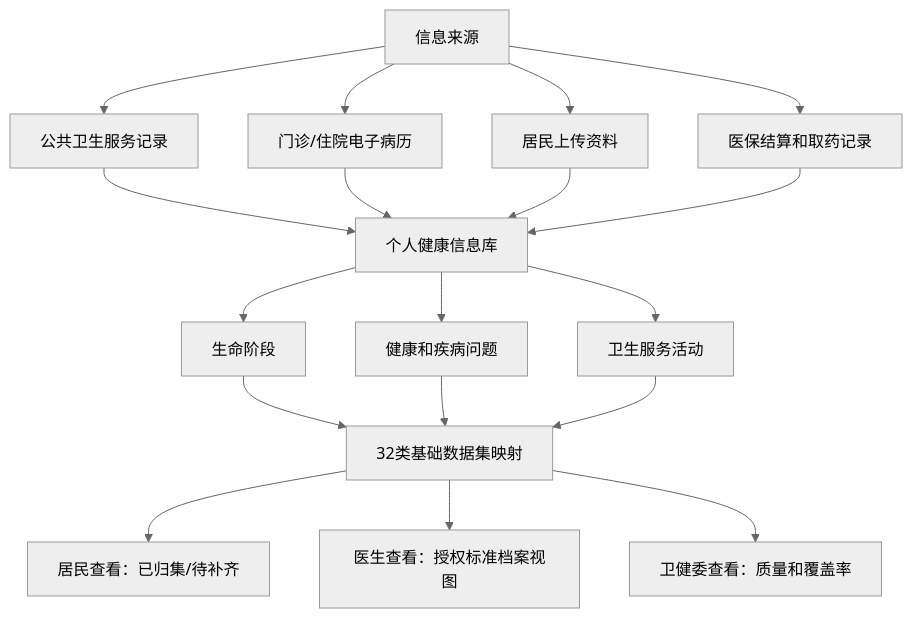
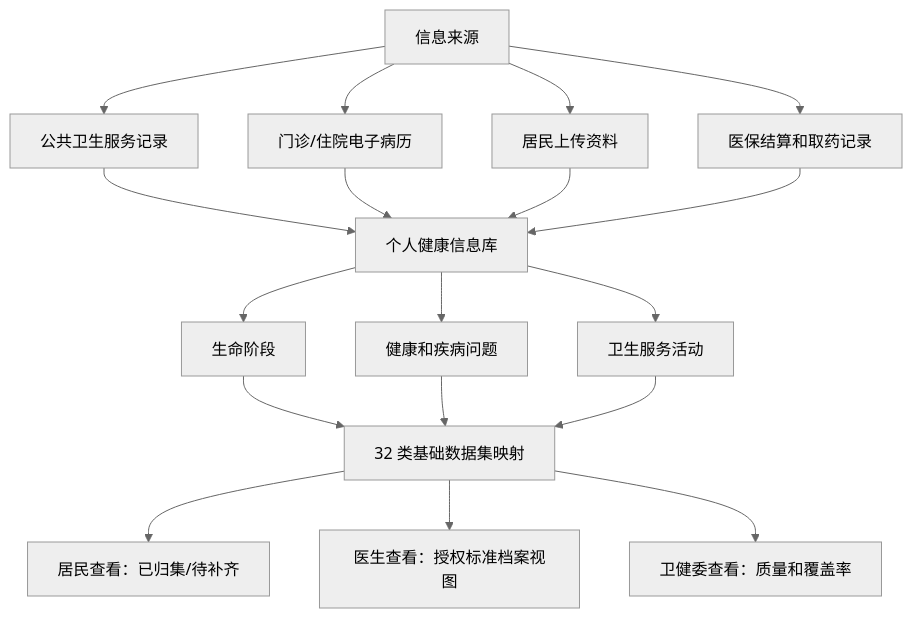
The third of 4 diagrams in docs/system-flow.md (xujiann/chronic-care-platform), drawn with Mermaid (neutral theme) before and after one commit. The commit also changed other lines of this file and 12 other files, not shown here.

Commit message:
Add platform workbench roadmap

````diff
--- a/docs/system-flow.md
+++ b/docs/system-flow.md
@@ -68,24 +78,24 @@
 ```mermaid
 flowchart TB
   Sources["信息来源"] --> PublicHealth["公共卫生服务记录"]
   Sources --> EMR["门诊/住院电子病历"]
   Sources --> PersonalUpload["居民上传资料"]
   Sources --> InsuranceData["医保结算和取药记录"]
 
   PublicHealth --> Archive["个人健康信息库"]
   EMR --> Archive
   PersonalUpload --> Archive
   InsuranceData --> Archive
 
   Archive --> LifeStage["生命阶段"]
   Archive --> Problem["健康和疾病问题"]
   Archive --> Activity["卫生服务活动"]
 
-  LifeStage --> StandardDatasets["32类基础数据集映射"]
+  LifeStage --> StandardDatasets["32 类基础数据集映射"]
   Problem --> StandardDatasets
   Activity --> StandardDatasets
 
   StandardDatasets --> CitizenView["居民查看：已归集/待补齐"]
   StandardDatasets --> DoctorView["医生查看：授权标准档案视图"]
   StandardDatasets --> GovView["卫健委查看：质量和覆盖率"]
 ```
````
